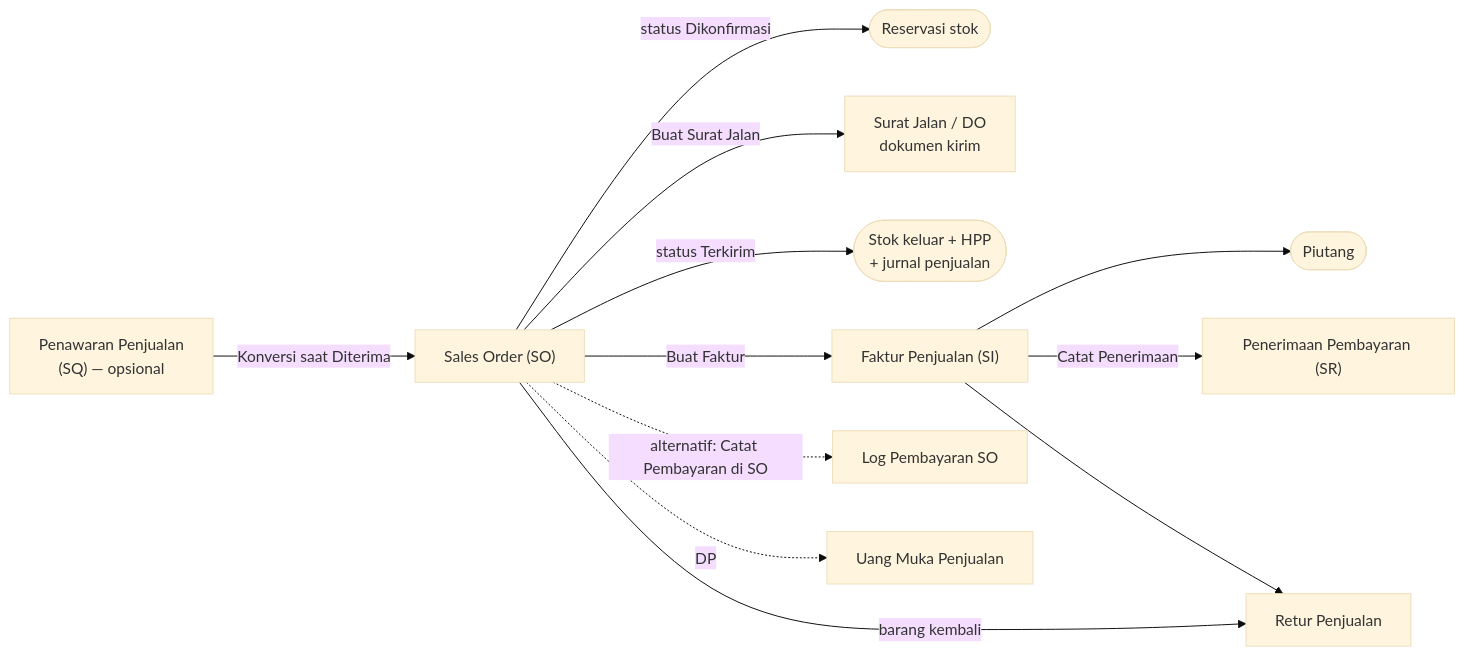
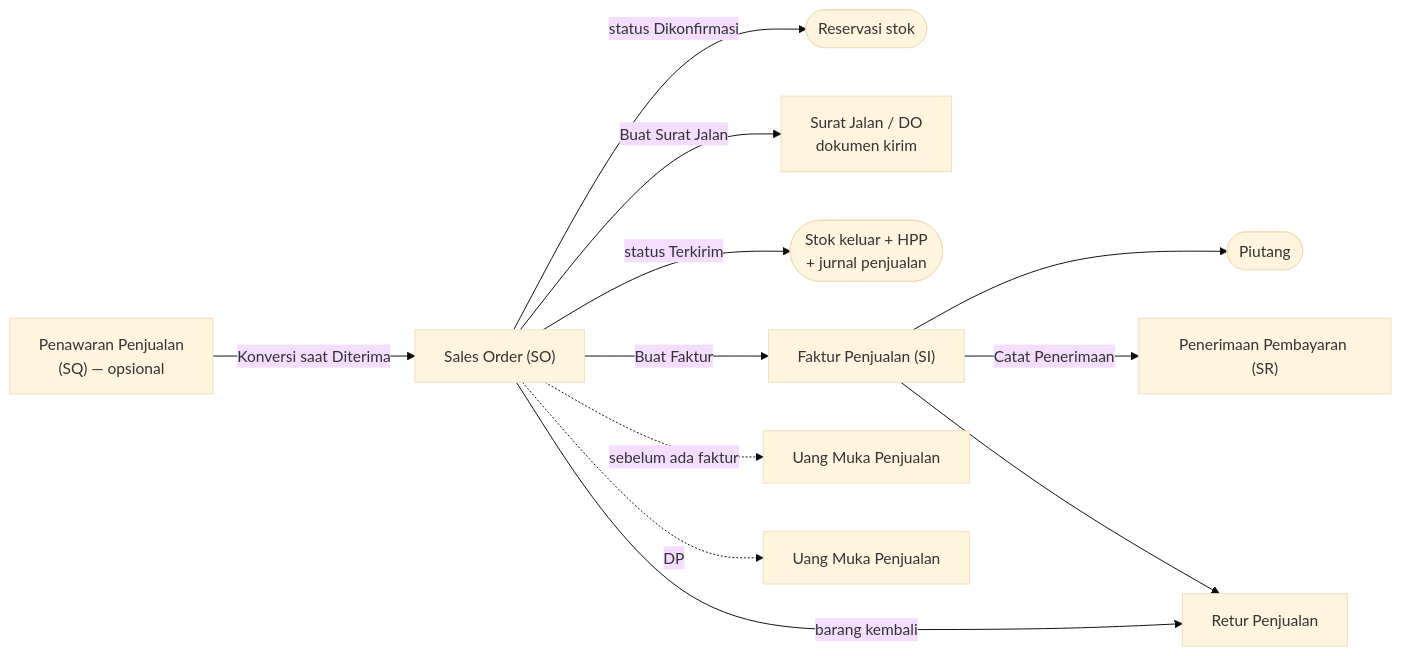
The first of 3 diagrams in docs/03-ALUR-TRANSAKSI.md (frederick-allensius/Nusantara-ERP), drawn with Mermaid (base theme) before and after one commit. The commit also changed other lines of this file and 8 other files, not shown here.

````diff
--- a/docs/03-ALUR-TRANSAKSI.md
+++ b/docs/03-ALUR-TRANSAKSI.md
@@ -16,14 +16,14 @@
 ```mermaid
 flowchart LR
   SQ["Penawaran Penjualan<br/>(SQ) — opsional"] -->|Konversi saat Diterima| SO["Sales Order (SO)"]
   SO -->|status Dikonfirmasi| RES(["Reservasi stok"])
   SO -->|Buat Surat Jalan| DO["Surat Jalan / DO<br/>dokumen kirim"]
   SO -->|status Terkirim| OUT(["Stok keluar + HPP<br/>+ jurnal penjualan"])
   SO -->|Buat Faktur| SI["Faktur Penjualan (SI)"]
   SI --> AR(["Piutang"])
   SI -->|Catat Penerimaan| SR["Penerimaan Pembayaran (SR)"]
-  SO -.->|alternatif: Catat Pembayaran di SO| PL["Log Pembayaran SO"]
+  SO -.->|sebelum ada faktur| PL["Uang Muka Penjualan"]
   SO -.->|DP| SDP["Uang Muka Penjualan"]
   SO -->|barang kembali| SRN["Retur Penjualan"]
   SI --> SRN
 ```
````
